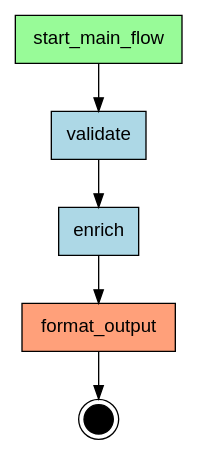
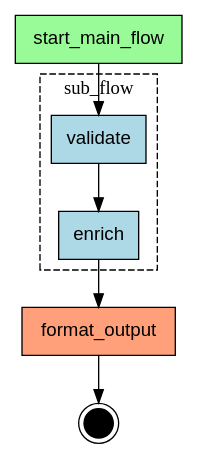
Before and after one commit to deliveryhero/asya: the diagram in examples/flows/compiled/bare_script_with_composition/flow.dot, drawn with Graphviz. The commit also changed 63 other files, not shown here.

```diff
--- a/examples/flows/compiled/bare_script_with_composition/flow.dot
+++ b/examples/flows/compiled/bare_script_with_composition/flow.dot
@@ -1,18 +1,24 @@
 digraph "main_flow" {
     rankdir=TB;
     node [shape=box, style=filled, fontname="Helvetica"];
 
     { rank=source; start_main_flow; }
 
     enrich [label="enrich", fillcolor=lightblue];
     format_output [label="format_output", fillcolor=lightsalmon];
     start_main_flow [label="start_main_flow", fillcolor=palegreen];
     validate [label="validate", fillcolor=lightblue];
 
     __end__ [label="", shape=doublecircle, fillcolor=black, width=0.3, fixedsize=true];
 
     start_main_flow -> validate;
     validate -> enrich;
     enrich -> format_output;
     format_output -> __end__;
+    subgraph cluster_sub_flow {
+        label="sub_flow";
+        style=dashed;
+        validate;
+        enrich;
+    }
 }
```
